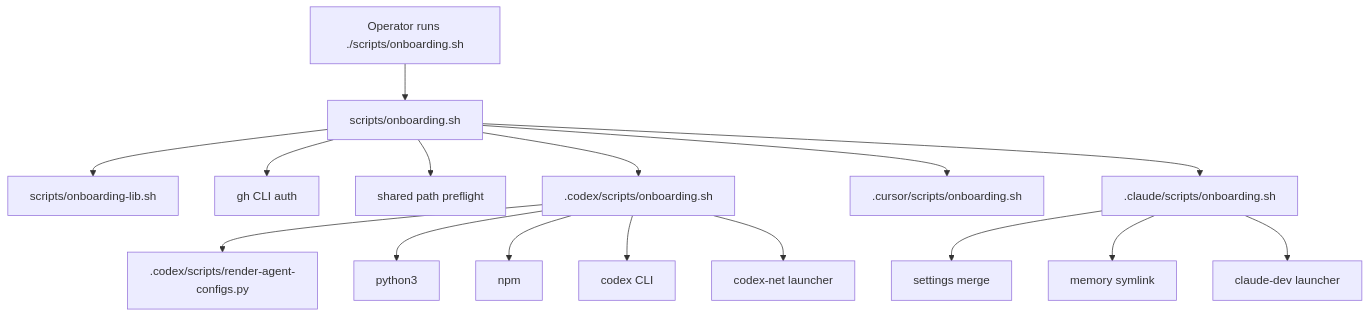
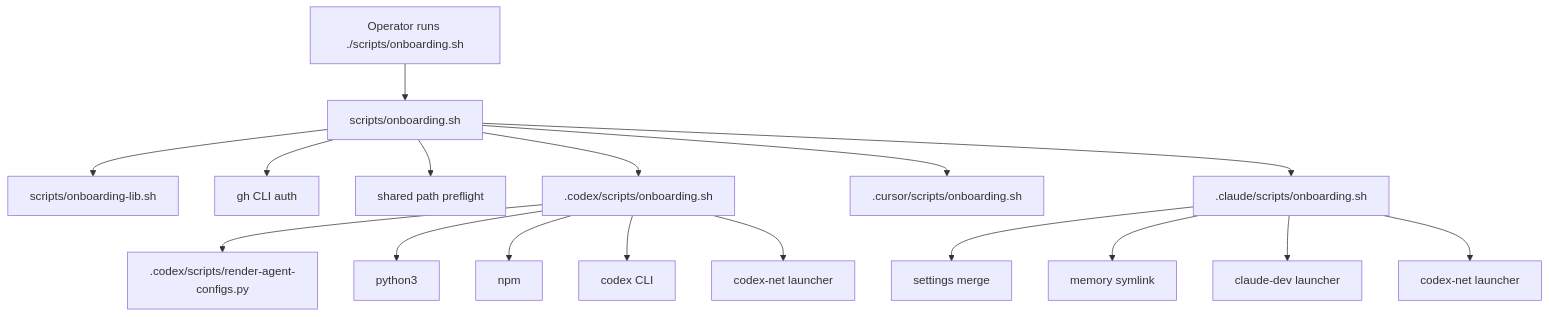
The first of 4 diagrams in docs/onboarding.md (kzokv/agent-dock), drawn with Mermaid before and after one commit. The commit also changed other lines of this file and 4 other files, not shown here.

First line of the commit message:
feat(onboarding): enhance onboarding scripts with codex-net launcher support

````diff
--- a/docs/onboarding.md
+++ b/docs/onboarding.md
@@ -54,18 +54,19 @@
 ```mermaid
 flowchart TD
     U[Operator runs ./scripts/onboarding.sh] --> O[scripts/onboarding.sh]
     O --> L[scripts/onboarding-lib.sh]
     O --> GH[gh CLI auth]
     O --> SP[shared path preflight]
     O --> C[.codex/scripts/onboarding.sh]
     O --> R[.cursor/scripts/onboarding.sh]
     O --> A[.claude/scripts/onboarding.sh]
     C --> G[.codex/scripts/render-agent-configs.py]
     C --> PY[python3]
     C --> NPM[npm]
     C --> CX[codex CLI]
     C --> NET[codex-net launcher]
     A --> CSET[settings merge]
     A --> CMEM[memory symlink]
     A --> CDEV[claude-dev launcher]
+    A --> CNET[codex-net launcher]
 ```
````
